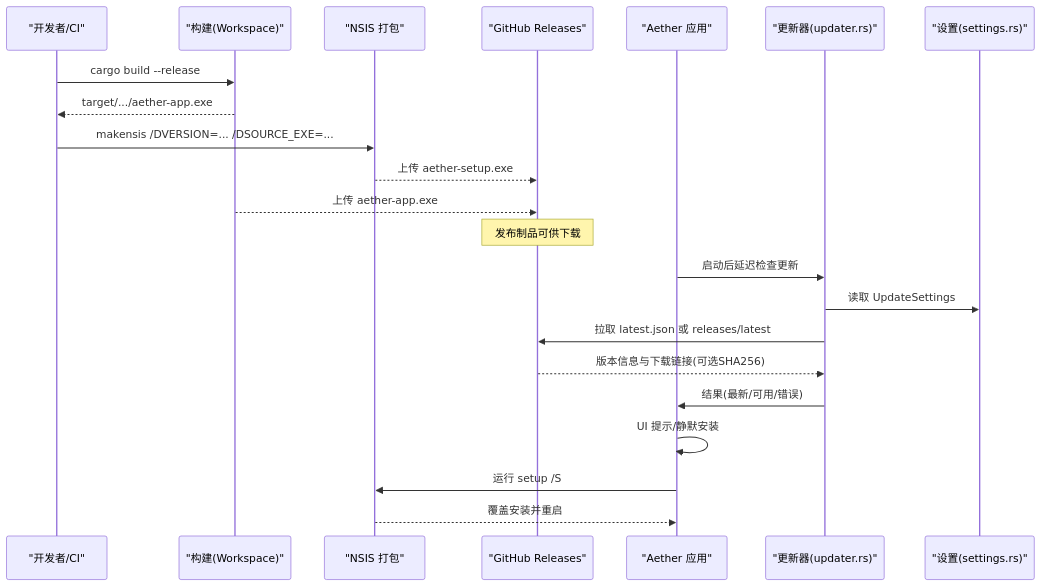
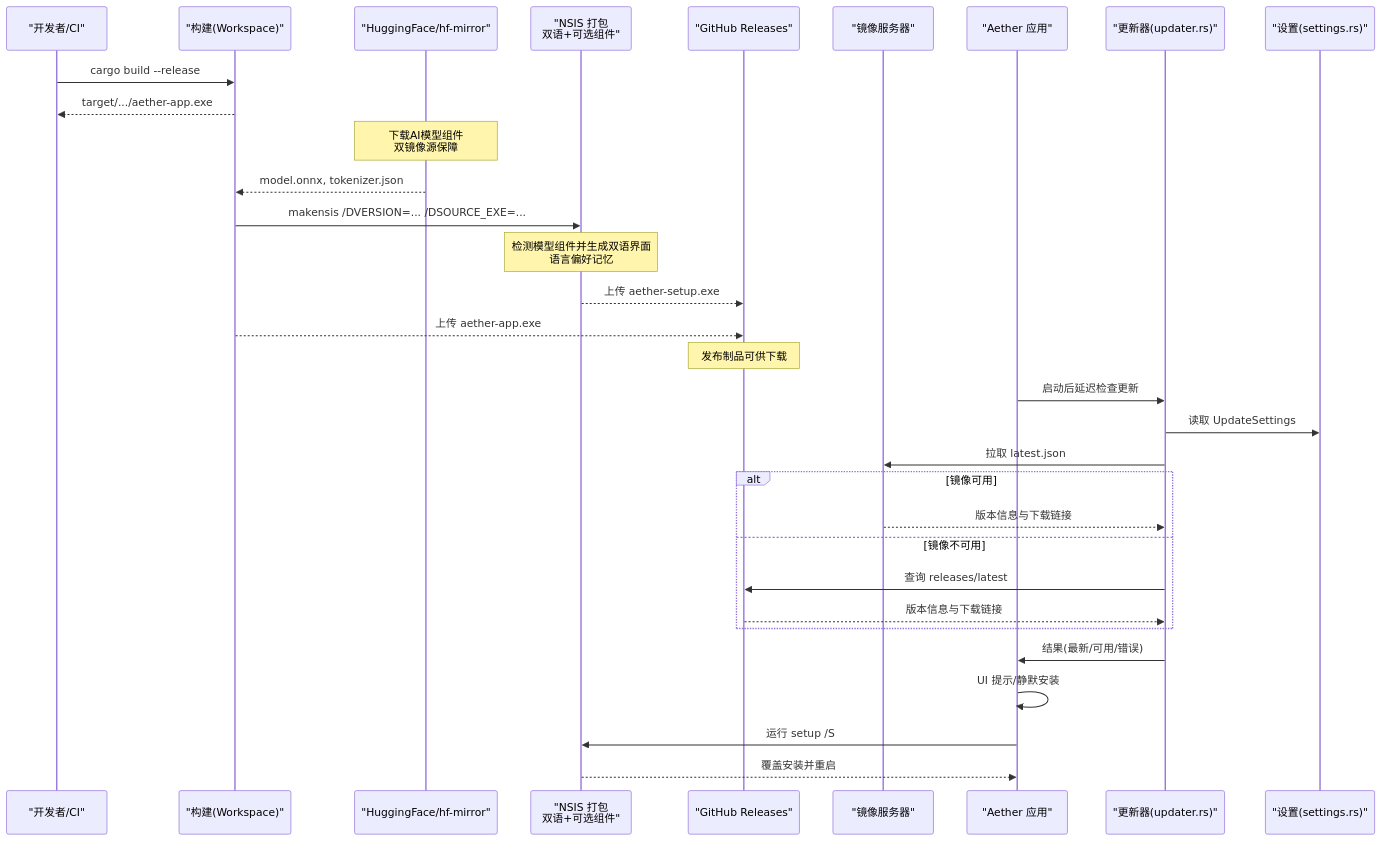
Before and after one commit to aetherstudio-cn/AetherStudio: the second of 4 diagrams in .qoder/repowiki/zh/content/部署和发布.md, drawn with Mermaid. The commit also changed other lines of this file and 17 other files, not shown here.

````diff
--- a/.qoder/repowiki/zh/content/部署和发布.md
+++ b/.qoder/repowiki/zh/content/部署和发布.md
@@ -120,24 +136,34 @@
 ```mermaid
 sequenceDiagram
 participant Dev as "开发者/CI"
 participant Build as "构建(Workspace)"
-participant NSIS as "NSIS 打包"
+participant HF as "HuggingFace/hf-mirror"
+participant NSIS as "NSIS 打包<br/>双语+可选组件"
 participant GH as "GitHub Releases"
+participant Mirror as "镜像服务器"
 participant App as "Aether 应用"
 participant Upd as "更新器(updater.rs)"
 participant Set as "设置(settings.rs)"
 Dev->>Build : cargo build --release
 Build-->>Dev : target/.../aether-app.exe
-Dev->>NSIS : makensis /DVERSION=... /DSOURCE_EXE=...
+Note over HF : 下载AI模型组件<br/>双镜像源保障
+HF-->>Build : model.onnx, tokenizer.json
+Build->>NSIS : makensis /DVERSION=... /DSOURCE_EXE=...
+Note over NSIS : 检测模型组件并生成双语界面<br/>语言偏好记忆
 NSIS-->>GH : 上传 aether-setup.exe
 Build-->>GH : 上传 aether-app.exe
 Note over GH : 发布制品可供下载
 App->>Upd : 启动后延迟检查更新
 Upd->>Set : 读取 UpdateSettings
-Upd->>GH : 拉取 latest.json 或 releases/latest
-GH-->>Upd : 版本信息与下载链接(可选SHA256)
+Upd->>Mirror : 拉取 latest.json
+alt 镜像可用
+Mirror-->>Upd : 版本信息与下载链接
+else 镜像不可用
+Upd->>GH : 查询 releases/latest
+GH-->>Upd : 版本信息与下载链接
+end
 Upd->>App : 结果(最新/可用/错误)
 App->>App : UI 提示/静默安装
 App->>NSIS : 运行 setup /S
 NSIS-->>App : 覆盖安装并重启
 ```
````
